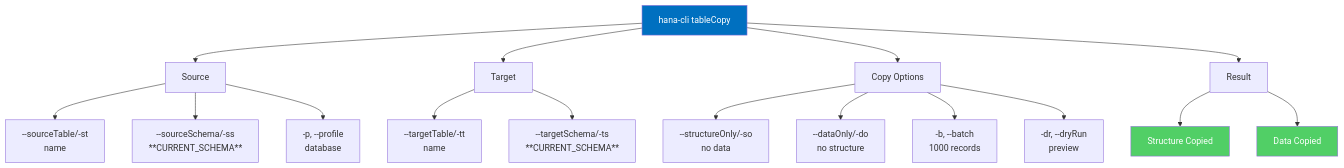
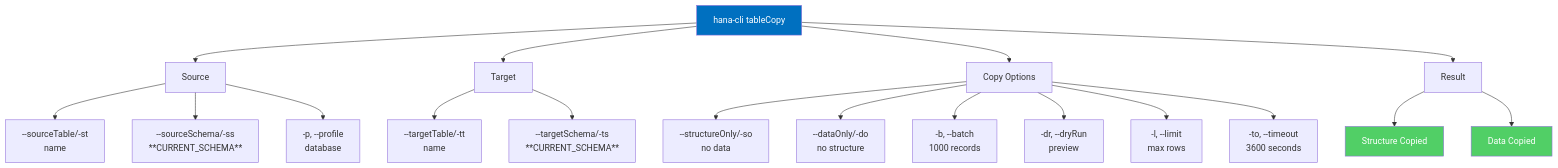
One commit to SAP-samples/hana-developer-cli-tool-example changed the fifth of 26 diagrams in docs/99-reference/command-reference.md. Above: the diagram before and after it, drawn with Mermaid. The commit also changed other lines of this file and 74 other files, not shown here.

````diff
--- a/docs/99-reference/command-reference.md
+++ b/docs/99-reference/command-reference.md
@@ -184,25 +184,27 @@
 ```mermaid
 graph TD
     A["hana-cli tableCopy"] --> B["Source"]
     B --> B1["--sourceTable/-st<br/>name"]
     B --> B2["--sourceSchema/-ss<br/>**CURRENT_SCHEMA**"]
     B --> B3["-p, --profile<br/>database"]
     
     A --> C["Target"]
     C --> C1["--targetTable/-tt<br/>name"]
     C --> C2["--targetSchema/-ts<br/>**CURRENT_SCHEMA**"]
     
     A --> D["Copy Options"]
     D --> D1["--structureOnly/-so<br/>no data"]
     D --> D2["--dataOnly/-do<br/>no structure"]
     D --> D3["-b, --batch<br/>1000 records"]
     D --> D4["-dr, --dryRun<br/>preview"]
+    D --> D5["-l, --limit<br/>max rows"]
+    D --> D6["-to, --timeout<br/>3600 seconds"]
     
     A --> E["Result"]
     E --> E1["Structure Copied"]
     E --> E2["Data Copied"]
     
     style A fill:#0070C0,color:#fff
     style E1 fill:#51CF66,color:#fff
     style E2 fill:#51CF66,color:#fff
 ```
````
